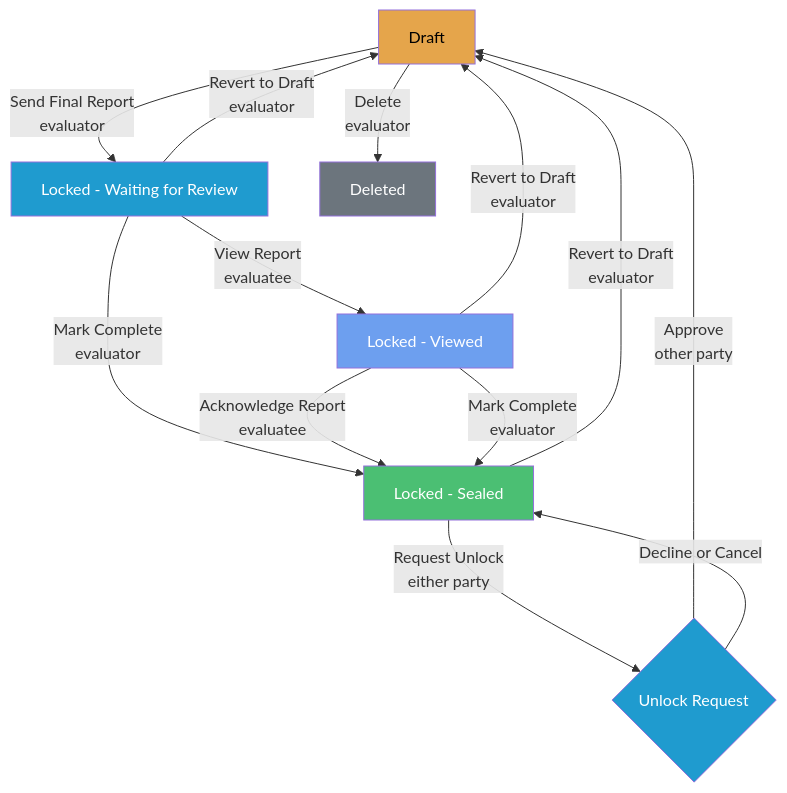
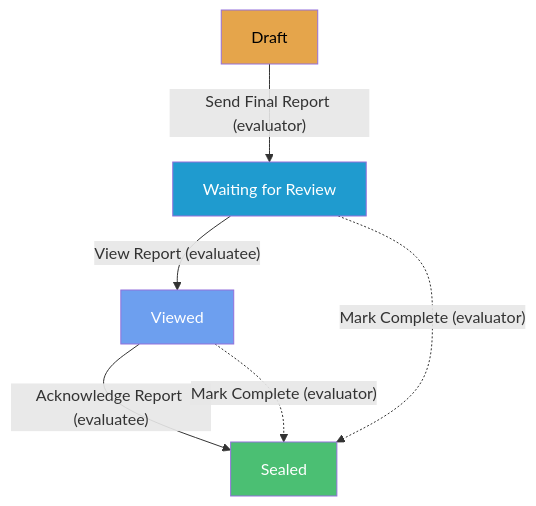
The first of 8 diagrams in docs/reference/workflows.md (hoc-stateeval/stateeval-help), drawn with Mermaid before and after one commit. The commit also changed other lines of this file, not shown here.

Commit message:
Improve observation workflow diagram layout with split diagrams

````diff
--- a/docs/reference/workflows.md
+++ b/docs/reference/workflows.md
@@ -85,22 +87,14 @@
 ```mermaid
 flowchart TD
-    A[Draft] -->|Send Final Report\nevaluator| B[Locked - Waiting for Review]
-    A -->|Delete\nevaluator| E[Deleted]
-    B -->|View Report\nevaluatee| C[Locked - Viewed]
-    B -->|Mark Complete\nevaluator| D[Locked - Sealed]
-    B -->|Revert to Draft\nevaluator| A
-    C -->|Acknowledge Report\nevaluatee| D
-    C -->|Mark Complete\nevaluator| D
-    C -->|Revert to Draft\nevaluator| A
-    D -->|Revert to Draft\nevaluator| A
-    D -->|Request Unlock\neither party| F{Unlock Request}
-    F -->|Approve\nother party| A
-    F -->|Decline or Cancel| D
+    Draft -->|"Send Final Report (evaluator)"| WFR[Waiting for Review]
+    WFR -->|"View Report (evaluatee)"| Viewed
+    Viewed -->|"Acknowledge Report (evaluatee)"| Sealed
 
-    style A fill:#E5A54B,color:#000
-    style B fill:#1F9BCF,color:#fff
-    style C fill:#6d9fef,color:#fff
-    style D fill:#4BBF73,color:#fff
-    style E fill:#6c757d,color:#fff
-    style F fill:#1F9BCF,color:#fff
+    WFR -.->|"Mark Complete (evaluator)"| Sealed
+    Viewed -.->|"Mark Complete (evaluator)"| Sealed
+
+    style Draft fill:#E5A54B,color:#000
+    style WFR fill:#1F9BCF,color:#fff
+    style Viewed fill:#6d9fef,color:#fff
+    style Sealed fill:#4BBF73,color:#fff
 ```
````
